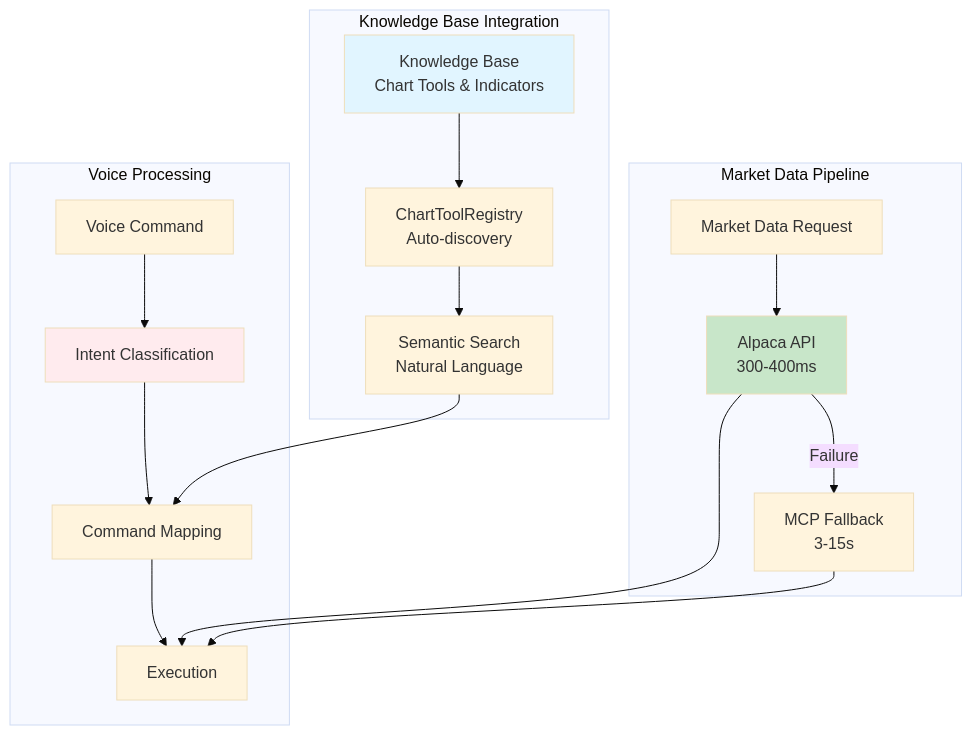
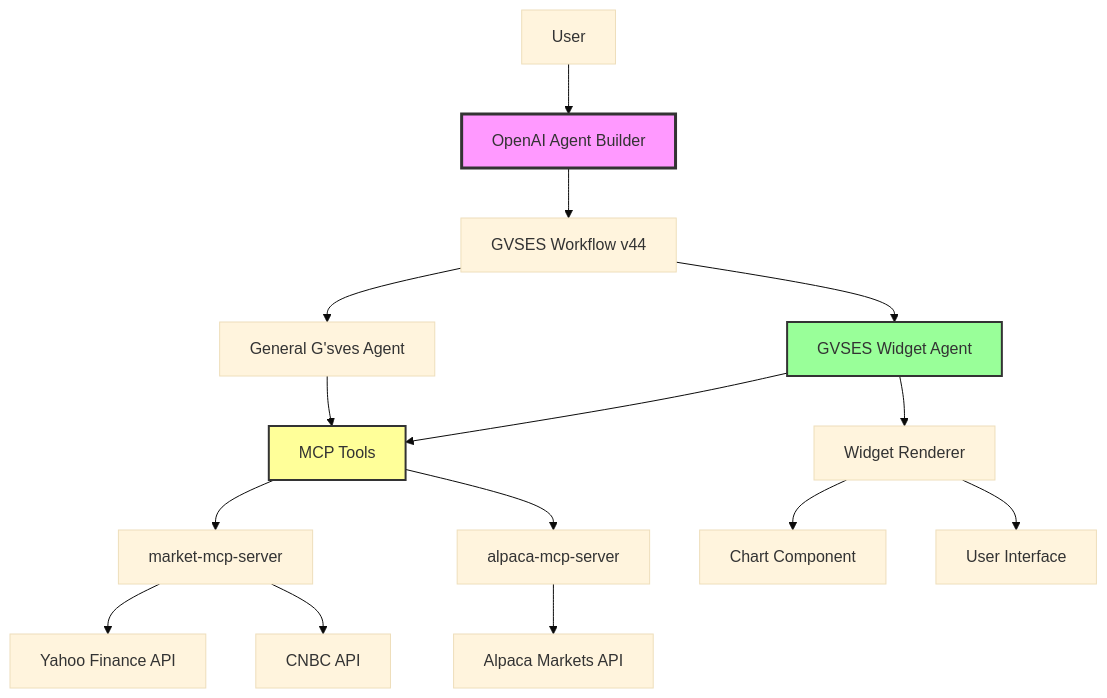
The seventh of 11 diagrams in mermaid.md (ChipsMetaverse/gvses-market-insights), drawn with Mermaid (base theme) before and after one commit. The commit also changed other lines of this file and 3 other files, not shown here.

````diff
--- a/mermaid.md
+++ b/mermaid.md
@@ -331,39 +193,28 @@
 ```mermaid
 graph TB
-    subgraph "Knowledge Base Integration"
-        KB[Knowledge Base<br/>Chart Tools & Indicators]
-        CTR[ChartToolRegistry<br/>Auto-discovery]
-        TSS[Semantic Search<br/>Natural Language]
-        
-        KB --> CTR
-        CTR --> TSS
-    end
-    
-    subgraph "Market Data Pipeline"
-        MDP[Market Data Request]
-        ALP[Alpaca API<br/>300-400ms]
-        MCPF[MCP Fallback<br/>3-15s]
-        
-        MDP --> ALP
-        ALP -->|Failure| MCPF
-    end
-    
-    subgraph "Voice Processing"
-        VC[Voice Command]
-        IC[Intent Classification]
-        CM[Command Mapping]
-        EX[Execution]
-        
-        VC --> IC
-        IC --> CM
-        CM --> EX
-    end
-    
-    TSS --> CM
-    ALP --> EX
-    MCPF --> EX
-    
-    style KB fill:#e1f5ff
-    style ALP fill:#c8e6c9
-    style IC fill:#ffebee
+    User[User] --> OpenAI[OpenAI Agent Builder]
+
+    OpenAI --> Workflow[GVSES Workflow v44]
+
+    Workflow --> Widget[GVSES Widget Agent]
+    Workflow --> General[General G'sves Agent]
+
+    Widget --> MCP[MCP Tools]
+    General --> MCP
+
+    MCP --> Market[market-mcp-server]
+    MCP --> Alpaca[alpaca-mcp-server]
+
+    Market --> Yahoo[Yahoo Finance API]
+    Market --> CNBC[CNBC API]
+
+    Alpaca --> AlpacaAPI[Alpaca Markets API]
+
+    Widget --> Render[Widget Renderer]
+    Render --> ChartComp[Chart Component]
+    Render --> Display[User Interface]
+
+    style OpenAI fill:#f9f,stroke:#333,stroke-width:3px
+    style Widget fill:#9f9,stroke:#333,stroke-width:2px
+    style MCP fill:#ff9,stroke:#333,stroke-width:2px
 ```
````
